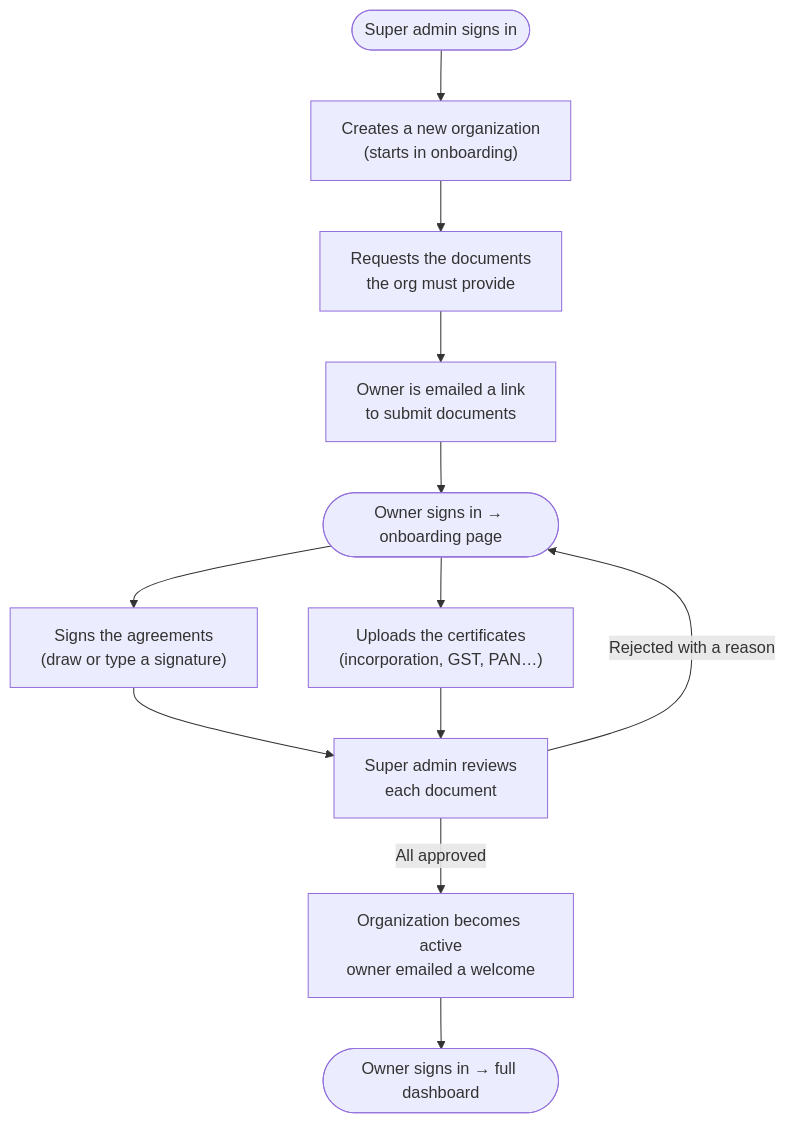
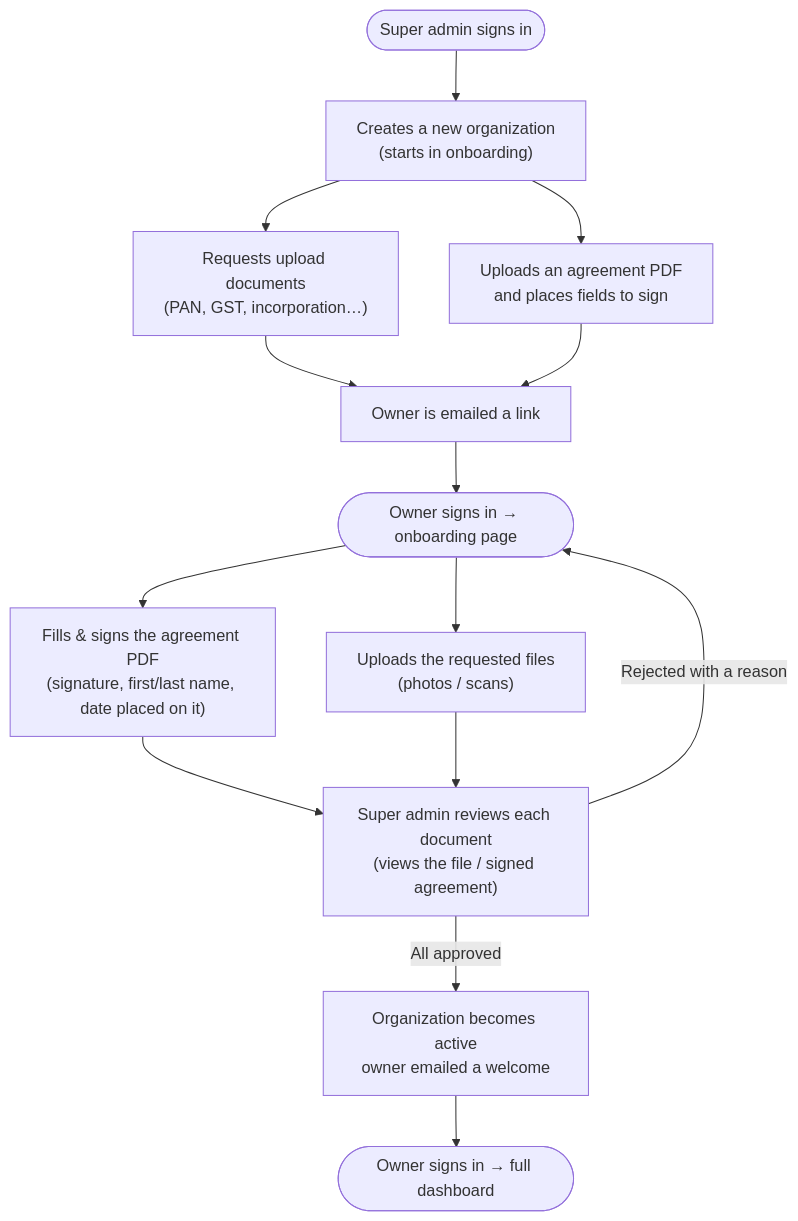
The diagram in src/modules/onboarding/PLAYBOOK.md (ekamjit-nugen/nugenova-backends), drawn with Mermaid before and after one commit. The commit also changed other lines of this file, not shown here.

First line of the commit message:
docs(onboarding): update playbook for upload-library + admin-uploaded agreements

````diff
--- a/src/modules/onboarding/PLAYBOOK.md
+++ b/src/modules/onboarding/PLAYBOOK.md
@@ -40,14 +48,16 @@
 ```mermaid
 flowchart TD
     A(["Super admin signs in"]) --> B["Creates a new organization<br/>(starts in onboarding)"]
-    B --> C["Requests the documents<br/>the org must provide"]
-    C --> D["Owner is emailed a link<br/>to submit documents"]
+    B --> C1["Requests upload documents<br/>(PAN, GST, incorporation…)"]
+    B --> C2["Uploads an agreement PDF<br/>and places fields to sign"]
+    C1 --> D["Owner is emailed a link"]
+    C2 --> D
     D --> E(["Owner signs in → onboarding page"])
-    E --> F["Signs the agreements<br/>(draw or type a signature)"]
-    E --> G["Uploads the certificates<br/>(incorporation, GST, PAN…)"]
-    F --> H["Super admin reviews<br/>each document"]
+    E --> F["Fills & signs the agreement PDF<br/>(signature, first/last name, date placed on it)"]
+    E --> G["Uploads the requested files<br/>(photos / scans)"]
+    F --> H["Super admin reviews each document<br/>(views the file / signed agreement)"]
     G --> H
     H -->|"Rejected with a reason"| E
     H -->|"All approved"| I["Organization becomes active<br/>owner emailed a welcome"]
     I --> J(["Owner signs in → full dashboard"])
 ```
````
